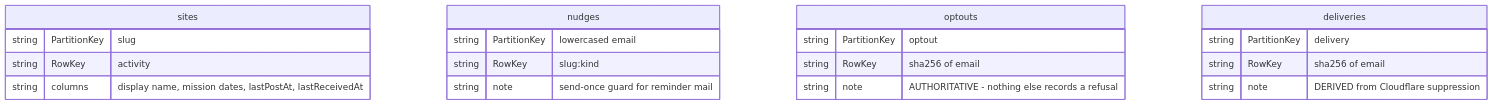
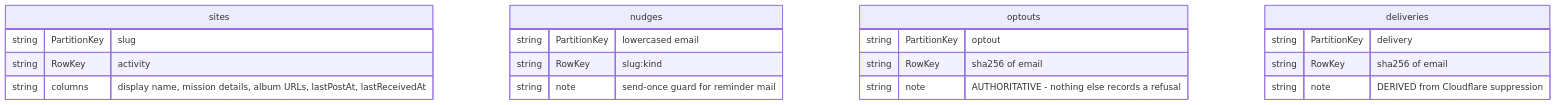
One commit to kurtzeborn/mission-journal changed the seventh of 12 diagrams in docs/architecture.md. Above: the diagram before and after it, drawn with Mermaid. The commit also changed other lines of this file, not shown here.

First line of the commit message:
Update deployed architecture diagrams

````diff
--- a/docs/architecture.md
+++ b/docs/architecture.md
@@ -195,23 +211,23 @@
 ```mermaid
 erDiagram
     sites {
         string PartitionKey "slug"
         string RowKey "activity"
-        string columns "display name, mission dates, lastPostAt, lastReceivedAt"
+        string columns "display name, mission details, album URLs, lastPostAt, lastReceivedAt"
     }
     nudges {
         string PartitionKey "lowercased email"
         string RowKey "slug:kind"
         string note "send-once guard for reminder mail"
     }
     optouts {
         string PartitionKey "optout"
         string RowKey "sha256 of email"
         string note "AUTHORITATIVE - nothing else records a refusal"
     }
     deliveries {
         string PartitionKey "delivery"
         string RowKey "sha256 of email"
         string note "DERIVED from Cloudflare suppression"
     }
 ```
````
